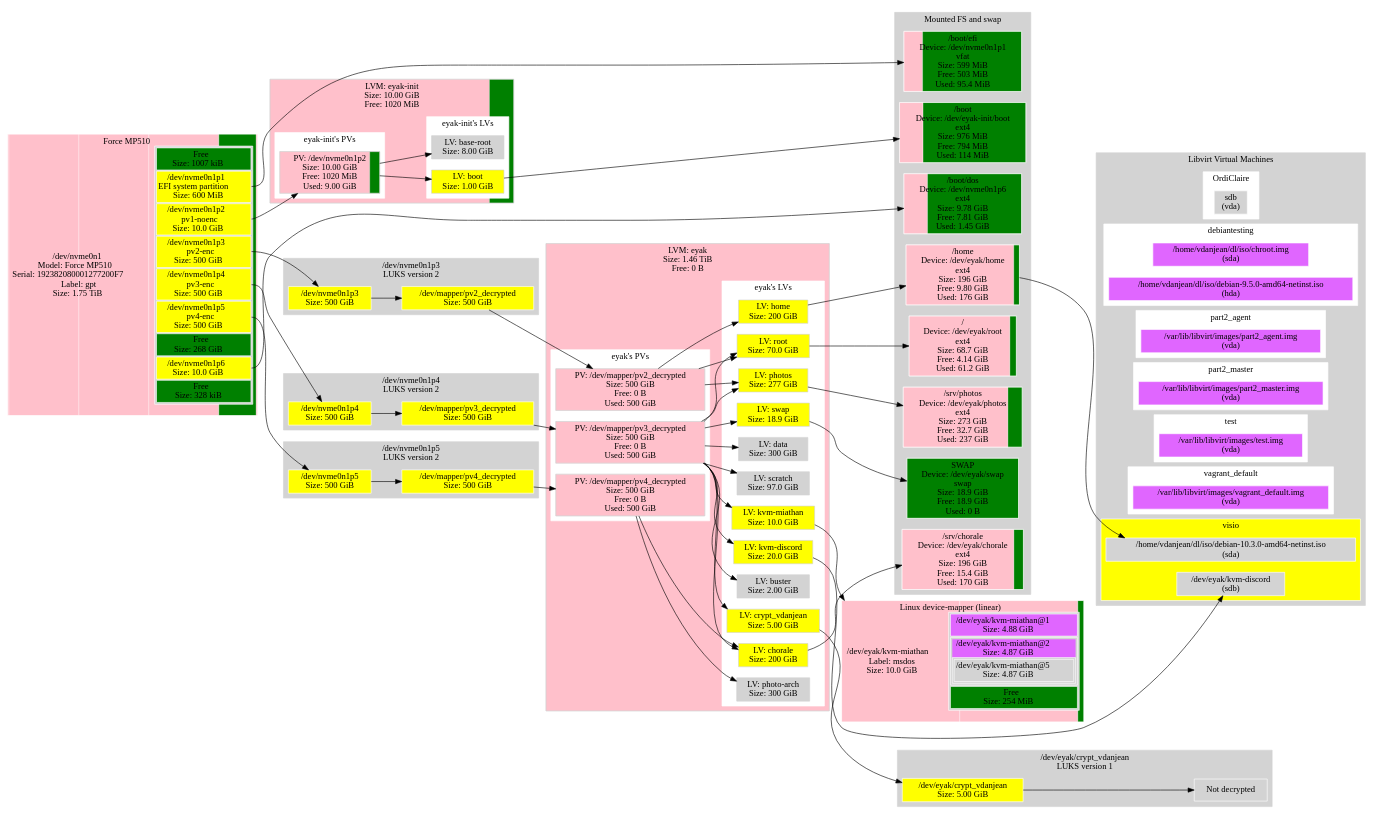
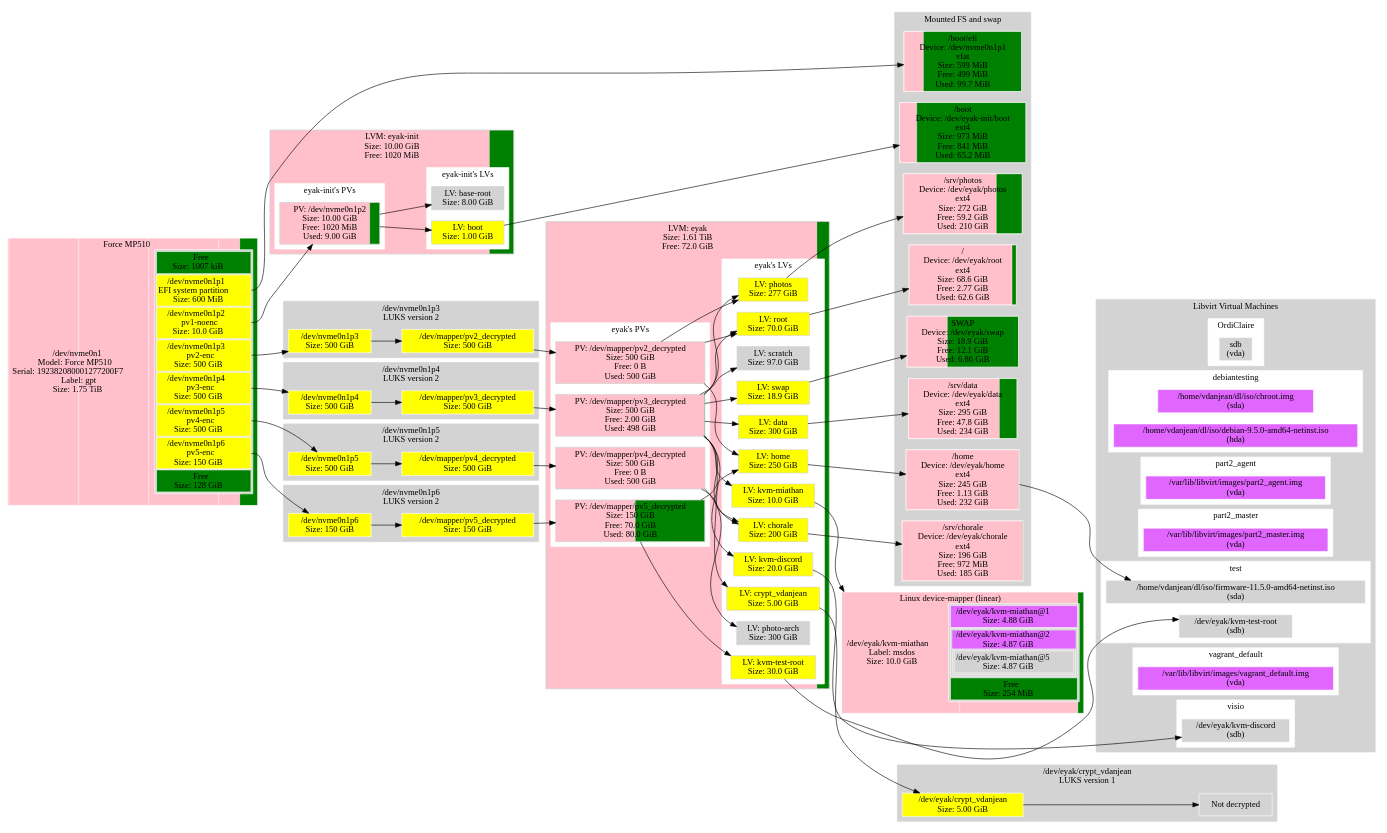
Before and after one commit to metacpan/metacpan-cpan-extracted: the diagram in distros/S/StorageDisplay/data/localhost.ref.dot, drawn with Graphviz. The commit also changed 6197 other files, not shown here.

```diff
--- a/distros/S/StorageDisplay/data/localhost.ref.dot
+++ b/distros/S/StorageDisplay/data/localhost.ref.dot
@@ -1,6 +1,6 @@
 digraph "machine"{
 	rankdir=LR;
-	{ "@Part: dm-8" [
+	{ "@Part: dm-10" [
 		label=<<TABLE BORDER="0" CELLPADDING="0" CELLSPACING="0">
 				<TR> <TD COLSPAN="2">Linux device-mapper (linear)</TD> </TR><TR><TD >/dev/eyak/kvm-miathan<BR/>Label: msdos<BR/>Size: 10.0 GiB</TD>    <TD BGCOLOR="lightgrey">
 				<TABLE >
@@ -76,18 +76,13 @@
 						</TD>
 					</TR>
 					<TR>
-						<TD bgcolor="green">
-						Free<BR/>Size: 268 GiB
-						</TD>
-					</TR>
-					<TR>
 						<TD PORT="6" BGCOLOR="yellow">
-						/dev/nvme0n1p6<BR/>Size: 10.0 GiB
+						/dev/nvme0n1p6<BR/>pv5-enc<BR/>Size: 150 GiB
 						</TD>
 					</TR>
 					<TR>
 						<TD bgcolor="green">
-						Free<BR/>Size: 328 kiB
+						Free<BR/>Size: 128 GiB
 						</TD>
 					</TR>
 				</TABLE>
@@ -99,7 +94,7 @@
 		fillcolor=lightgrey;
 		shape="rectangle";
 		style=striped;
-		fillcolor="green;0.000001:pink;0.000328:pink;0.005591:pink;0.279564:pink;0.279564:pink;0.279564:green;0.149796:pink;0.005591:green;0.000000";
+		fillcolor="green;0.000001:pink;0.000328:pink;0.005591:pink;0.279564:pink;0.279564:pink;0.279564:pink;0.083869:green;0.071518";
 	]; }
 	subgraph "cluster_eyak" {
 		style=filled;
@@ -113,71 +108,75 @@
 				label="PV: /dev/mapper/pv2_decrypted\nSize: 500 GiB\nFree: 0 B\nUsed: 500 GiB";
 				style=striped;fillcolor="pink;1.000000.2:green"
 			]; }
+			{ "LVM@eyak@PV@dm-3" [
+				label="PV: /dev/mapper/pv3_decrypted\nSize: 500 GiB\nFree: 2.00 GiB\nUsed: 498 GiB";
+				style=striped;fillcolor="pink;0.996000.2:green"
+			]; }
 			{ "LVM@eyak@PV@dm-4" [
-				label="PV: /dev/mapper/pv3_decrypted\nSize: 500 GiB\nFree: 0 B\nUsed: 500 GiB";
+				label="PV: /dev/mapper/pv4_decrypted\nSize: 500 GiB\nFree: 0 B\nUsed: 500 GiB";
 				style=striped;fillcolor="pink;1.000000.2:green"
 			]; }
-			{ "LVM@eyak@PV@dm-14" [
-				label="PV: /dev/mapper/pv4_decrypted\nSize: 500 GiB\nFree: 0 B\nUsed: 500 GiB";
-				style=striped;fillcolor="pink;1.000000.2:green"
+			{ "LVM@eyak@PV@dm-5" [
+				label="PV: /dev/mapper/pv5_decrypted\nSize: 150 GiB\nFree: 70.0 GiB\nUsed: 80.0 GiB";
+				style=striped;fillcolor="pink;0.533403.2:green"
 			]; }
 			label="eyak's PVs";
 		}
 		subgraph "cluster_eyak@LV" {
 			color=white;
 			fillcolor=white;
+			{ "dm-14" [
+				label="LV: chorale\nSize: 200 GiB";
+				fillcolor="yellow"
+			]; }
+			{ "dm-9" [
+				label="LV: crypt_vdanjean\nSize: 5.00 GiB";
+				fillcolor="yellow"
+			]; }
+			{ "dm-11" [
+				label="LV: data\nSize: 300 GiB";
+				fillcolor="yellow"
+			]; }
+			{ "dm-7" [
+				label="LV: home\nSize: 250 GiB";
+				fillcolor="yellow"
+			]; }
+			{ "dm-15" [
+				label="LV: kvm-discord\nSize: 20.0 GiB";
+				fillcolor="yellow"
+			]; }
+			{ "dm-10" [
+				label="LV: kvm-miathan\nSize: 10.0 GiB";
+				fillcolor="yellow"
+			]; }
+			{ "dm-17" [
+				label="LV: kvm-test-root\nSize: 30.0 GiB";
+				fillcolor="yellow"
+			]; }
+			{ "dm-13" [
+				label="LV: photo-arch\nSize: 300 GiB";
+				fillcolor="lightgrey"
+			]; }
+			{ "dm-8" [
+				label="LV: photos\nSize: 277 GiB";
+				fillcolor="yellow"
+			]; }
+			{ "dm-6" [
+				label="LV: root\nSize: 70.0 GiB";
+				fillcolor="yellow"
+			]; }
 			{ "dm-12" [
-				label="LV: buster\nSize: 2.00 GiB";
+				label="LV: scratch\nSize: 97.0 GiB";
 				fillcolor="lightgrey"
 			]; }
 			{ "dm-16" [
-				label="LV: chorale\nSize: 200 GiB";
-				fillcolor="yellow"
-			]; }
-			{ "dm-7" [
-				label="LV: crypt_vdanjean\nSize: 5.00 GiB";
-				fillcolor="yellow"
-			]; }
-			{ "dm-9" [
-				label="LV: data\nSize: 300 GiB";
-				fillcolor="lightgrey"
-			]; }
-			{ "dm-3" [
-				label="LV: home\nSize: 200 GiB";
-				fillcolor="yellow"
-			]; }
-			{ "dm-11" [
-				label="LV: kvm-discord\nSize: 20.0 GiB";
-				fillcolor="yellow"
-			]; }
-			{ "dm-8" [
-				label="LV: kvm-miathan\nSize: 10.0 GiB";
-				fillcolor="yellow"
-			]; }
-			{ "dm-15" [
-				label="LV: photo-arch\nSize: 300 GiB";
-				fillcolor="lightgrey"
-			]; }
-			{ "dm-6" [
-				label="LV: photos\nSize: 277 GiB";
-				fillcolor="yellow"
-			]; }
-			{ "dm-5" [
-				label="LV: root\nSize: 70.0 GiB";
-				fillcolor="yellow"
-			]; }
-			{ "dm-10" [
-				label="LV: scratch\nSize: 97.0 GiB";
-				fillcolor="lightgrey"
-			]; }
-			{ "dm-13" [
 				label="LV: swap\nSize: 18.9 GiB";
 				fillcolor="yellow"
 			]; }
 			label="eyak's LVs";
 		}
-		label="LVM: eyak\nSize: 1.46 TiB\nFree: 0 B";
-		style=striped;fillcolor="pink;1.000000.2:green"
+		label="LVM: eyak\nSize: 1.61 TiB\nFree: 72.0 GiB";
+		style=striped;fillcolor="pink;0.956373.2:green"
 	}
 	subgraph "cluster_eyak-init" {
 		style=filled;
@@ -209,16 +208,16 @@
 		label="LVM: eyak-init\nSize: 10.00 GiB\nFree: 1020 MiB";
 		style=striped;fillcolor="pink;0.900352.2:green"
 	}
-	subgraph "cluster_@LUKS@dm-7" {
+	subgraph "cluster_@LUKS@dm-9" {
 		style=filled;
 		color=lightgrey;
 		fillcolor=lightgrey;
 		node [style=filled,color=white,fillcolor=lightgrey,shape=rectangle];
-		{ "@LUKS@dm-7@dm-7" [
+		{ "@LUKS@dm-9@dm-9" [
 			label="/dev/eyak/crypt_vdanjean\nSize: 5.00 GiB";
 			fillcolor="yellow"
 		]; }
-		{ "@LUKS@dm-7@@" [
+		{ "@LUKS@dm-9@@" [
 			label="Not decrypted";
 		]; }
 		label="/dev/eyak/crypt_vdanjean\nLUKS version 1";
@@ -247,7 +246,7 @@
 			label="/dev/nvme0n1p4\nSize: 500 GiB";
 			fillcolor="yellow"
 		]; }
-		{ "dm-4" [
+		{ "dm-3" [
 			label="/dev/mapper/pv3_decrypted\nSize: 500 GiB";
 			fillcolor="yellow"
 		]; }
@@ -262,48 +261,63 @@
 			label="/dev/nvme0n1p5\nSize: 500 GiB";
 			fillcolor="yellow"
 		]; }
-		{ "dm-14" [
+		{ "dm-4" [
 			label="/dev/mapper/pv4_decrypted\nSize: 500 GiB";
 			fillcolor="yellow"
 		]; }
 		label="/dev/nvme0n1p5\nLUKS version 2";
+	}
+	subgraph "cluster_@LUKS@nvme0n1p6" {
+		style=filled;
+		color=lightgrey;
+		fillcolor=lightgrey;
+		node [style=filled,color=white,fillcolor=lightgrey,shape=rectangle];
+		{ "@LUKS@nvme0n1p6@nvme0n1p6" [
+			label="/dev/nvme0n1p6\nSize: 150 GiB";
+			fillcolor="yellow"
+		]; }
+		{ "dm-5" [
+			label="/dev/mapper/pv5_decrypted\nSize: 150 GiB";
+			fillcolor="yellow"
+		]; }
+		label="/dev/nvme0n1p6\nLUKS version 2";
 	}
 	subgraph "cluster_@FS" {
 		style=filled;
 		color=lightgrey;
 		fillcolor=lightgrey;
 		node [style=filled,color=white,fillcolor=lightgrey,shape=rectangle];
-		{ "@FS@SWAP" [
-			label="SWAP\nDevice: /dev/eyak/swap\nswap\nSize: 18.9 GiB\nFree: 18.9 GiB\nUsed: 0 B";
-			style=striped;fillcolor="green"
-		]; }
 		{ "@FS@/boot" [
-			label="/boot\nDevice: /dev/eyak-init/boot\next4\nSize: 976 MiB\nFree: 794 MiB\nUsed: 114 MiB";
-			style=striped;fillcolor="pink;0.185962.2:green"
+			label="/boot\nDevice: /dev/eyak-init/boot\next4\nSize: 973 MiB\nFree: 841 MiB\nUsed: 65.2 MiB";
+			style=striped;fillcolor="pink;0.136046.2:green"
 		]; }
 		{ "@FS@/srv/chorale" [
-			label="/srv/chorale\nDevice: /dev/eyak/chorale\next4\nSize: 196 GiB\nFree: 15.4 GiB\nUsed: 170 GiB";
-			style=striped;fillcolor="pink;0.921532.2:green"
+			label="/srv/chorale\nDevice: /dev/eyak/chorale\next4\nSize: 196 GiB\nFree: 972 MiB\nUsed: 185 GiB";
+			style=striped;fillcolor="pink;0.995151.2:green"
+		]; }
+		{ "@FS@/srv/data" [
+			label="/srv/data\nDevice: /dev/eyak/data\next4\nSize: 295 GiB\nFree: 47.8 GiB\nUsed: 234 GiB";
+			style=striped;fillcolor="pink;0.838064.2:green"
 		]; }
 		{ "@FS@/home" [
-			label="/home\nDevice: /dev/eyak/home\next4\nSize: 196 GiB\nFree: 9.80 GiB\nUsed: 176 GiB";
-			style=striped;fillcolor="pink;0.949954.2:green"
+			label="/home\nDevice: /dev/eyak/home\next4\nSize: 245 GiB\nFree: 1.13 GiB\nUsed: 232 GiB";
+			style=striped;fillcolor="pink;0.995377.2:green"
 		]; }
 		{ "@FS@/srv/photos" [
-			label="/srv/photos\nDevice: /dev/eyak/photos\next4\nSize: 273 GiB\nFree: 32.7 GiB\nUsed: 237 GiB";
-			style=striped;fillcolor="pink;0.880000.2:green"
+			label="/srv/photos\nDevice: /dev/eyak/photos\next4\nSize: 272 GiB\nFree: 59.2 GiB\nUsed: 210 GiB";
+			style=striped;fillcolor="pink;0.782566.2:green"
 		]; }
 		{ "@FS@/" [
-			label="/\nDevice: /dev/eyak/root\next4\nSize: 68.7 GiB\nFree: 4.14 GiB\nUsed: 61.2 GiB";
-			style=striped;fillcolor="pink;0.939638.2:green"
+			label="/\nDevice: /dev/eyak/root\next4\nSize: 68.6 GiB\nFree: 2.77 GiB\nUsed: 62.6 GiB";
+			style=striped;fillcolor="pink;0.959652.2:green"
 		]; }
 		{ "@FS@/boot/efi" [
-			label="/boot/efi\nDevice: /dev/nvme0n1p1\nvfat\nSize: 599 MiB\nFree: 503 MiB\nUsed: 95.4 MiB";
-			style=striped;fillcolor="pink;0.159398.2:green"
+			label="/boot/efi\nDevice: /dev/nvme0n1p1\nvfat\nSize: 599 MiB\nFree: 499 MiB\nUsed: 99.7 MiB";
+			style=striped;fillcolor="pink;0.166560.2:green"
 		]; }
-		{ "@FS@/boot/dos" [
-			label="/boot/dos\nDevice: /dev/nvme0n1p6\next4\nSize: 9.78 GiB\nFree: 7.81 GiB\nUsed: 1.45 GiB";
-			style=striped;fillcolor="pink;0.201017.2:green"
+		{ "@FS@SWAP@dm-16" [
+			label="SWAP\nDevice: /dev/eyak/swap\nSize: 18.9 GiB\nFree: 12.1 GiB\nUsed: 6.86 GiB";
+			style=striped;fillcolor="pink;0.362306.2:green"
 		]; }
 		label="Mounted FS and swap";
 	}
@@ -359,9 +373,11 @@
 		subgraph "cluster_@libvirt@test" {
 			color=white;
 			fillcolor=white;
-			{ "@libvirt@test@/var/lib/libvirt/images/test.img" [
-				label="/var/lib/libvirt/images/test.img\n(vda)";
-				fillcolor=mediumorchid1
+			{ "@libvirt@test@dm-17" [
+				label="/dev/eyak/kvm-test-root\n(sdb)";
+			]; }
+			{ "@libvirt@test@/home/vdanjean/dl/iso/firmware-11.5.0-amd64-netinst.iso" [
+				label="/home/vdanjean/dl/iso/firmware-11.5.0-amd64-netinst.iso\n(sda)";
 			]; }
 			label="test";
 		}
@@ -377,80 +393,85 @@
 		subgraph "cluster_@libvirt@visio" {
 			color=white;
 			fillcolor=white;
-			{ "@libvirt@visio@dm-11" [
+			{ "@libvirt@visio@dm-15" [
 				label="/dev/eyak/kvm-discord\n(sdb)";
 			]; }
-			{ "@libvirt@visio@/home/vdanjean/dl/iso/debian-10.3.0-amd64-netinst.iso" [
-				label="/home/vdanjean/dl/iso/debian-10.3.0-amd64-netinst.iso\n(sda)";
-			]; }
 			label="visio";
-			fillcolor=yellow
 		}
 		label="Libvirt Virtual Machines";
 	}
 	// Links from LVM VG: eyak
-	"LVM@eyak@PV@dm-4" -> "dm-12"
-	"LVM@eyak@PV@dm-14" -> "dm-16"
-	"LVM@eyak@PV@dm-4" -> "dm-16"
-	"LVM@eyak@PV@dm-4" -> "dm-7"
-	"LVM@eyak@PV@dm-4" -> "dm-9"
-	"LVM@eyak@PV@dm-2" -> "dm-3"
-	"LVM@eyak@PV@dm-4" -> "dm-11"
-	"LVM@eyak@PV@dm-4" -> "dm-8"
-	"LVM@eyak@PV@dm-14" -> "dm-15"
+	"LVM@eyak@PV@dm-4" -> "dm-14"
+	"LVM@eyak@PV@dm-3" -> "dm-14"
+	"LVM@eyak@PV@dm-3" -> "dm-9"
+	"LVM@eyak@PV@dm-3" -> "dm-11"
+	"LVM@eyak@PV@dm-2" -> "dm-7"
+	"LVM@eyak@PV@dm-5" -> "dm-7"
+	"LVM@eyak@PV@dm-3" -> "dm-15"
+	"LVM@eyak@PV@dm-3" -> "dm-10"
+	"LVM@eyak@PV@dm-5" -> "dm-17"
+	"LVM@eyak@PV@dm-4" -> "dm-13"
+	"LVM@eyak@PV@dm-2" -> "dm-8"
+	"LVM@eyak@PV@dm-3" -> "dm-8"
 	"LVM@eyak@PV@dm-2" -> "dm-6"
-	"LVM@eyak@PV@dm-4" -> "dm-6"
-	"LVM@eyak@PV@dm-2" -> "dm-5"
-	"LVM@eyak@PV@dm-4" -> "dm-5"
-	"LVM@eyak@PV@dm-4" -> "dm-10"
-	"LVM@eyak@PV@dm-4" -> "dm-13"
+	"LVM@eyak@PV@dm-3" -> "dm-6"
+	"LVM@eyak@PV@dm-3" -> "dm-12"
+	"LVM@eyak@PV@dm-3" -> "dm-16"
 	// Links from LVM VG: eyak-init
 	"LVM@eyak-init@PV@nvme0n1p2" -> "dm-1"
 	"LVM@eyak-init@PV@nvme0n1p2" -> "dm-0"
 	// Links from LUKS: /dev/eyak/crypt_vdanjean
-	"@LUKS@dm-7@dm-7" -> "@LUKS@dm-7@@"
+	"@LUKS@dm-9@dm-9" -> "@LUKS@dm-9@@"
 	// Links from LUKS: /dev/nvme0n1p3
 	"@LUKS@nvme0n1p3@nvme0n1p3" -> "dm-2"
 	// Links from LUKS: /dev/nvme0n1p4
-	"@LUKS@nvme0n1p4@nvme0n1p4" -> "dm-4"
+	"@LUKS@nvme0n1p4@nvme0n1p4" -> "dm-3"
 	// Links from LUKS: /dev/nvme0n1p5
-	"@LUKS@nvme0n1p5@nvme0n1p5" -> "dm-14"
-	// Links for @Part: dm-8
-	"dm-8" -> "@Part: dm-8"
+	"@LUKS@nvme0n1p5@nvme0n1p5" -> "dm-4"
+	// Links from LUKS: /dev/nvme0n1p6
+	"@LUKS@nvme0n1p6@nvme0n1p6" -> "dm-5"
+	// Links for @Part: dm-10
+	"dm-10" -> "@Part: dm-10"
 	// Links for LVM@eyak@PV@dm-2
 	"dm-2" -> "LVM@eyak@PV@dm-2"
+	// Links for LVM@eyak@PV@dm-3
+	"dm-3" -> "LVM@eyak@PV@dm-3"
 	// Links for LVM@eyak@PV@dm-4
 	"dm-4" -> "LVM@eyak@PV@dm-4"
-	// Links for LVM@eyak@PV@dm-14
-	"dm-14" -> "LVM@eyak@PV@dm-14"
+	// Links for LVM@eyak@PV@dm-5
+	"dm-5" -> "LVM@eyak@PV@dm-5"
 	// Links for LVM@eyak-init@PV@nvme0n1p2
 	"@Part: nvme0n1":"2" -> "LVM@eyak-init@PV@nvme0n1p2"
-	// Links for @LUKS@dm-7@dm-7
-	"dm-7" -> "@LUKS@dm-7@dm-7"
+	// Links for @LUKS@dm-9@dm-9
+	"dm-9" -> "@LUKS@dm-9@dm-9"
 	// Links for @LUKS@nvme0n1p3@nvme0n1p3
 	"@Part: nvme0n1":"3" -> "@LUKS@nvme0n1p3@nvme0n1p3"
 	// Links for @LUKS@nvme0n1p4@nvme0n1p4
 	"@Part: nvme0n1":"4" -> "@LUKS@nvme0n1p4@nvme0n1p4"
 	// Links for @LUKS@nvme0n1p5@nvme0n1p5
 	"@Part: nvme0n1":"5" -> "@LUKS@nvme0n1p5@nvme0n1p5"
-	// Links for @FS@SWAP
-	"dm-13" -> "@FS@SWAP"
+	// Links for @LUKS@nvme0n1p6@nvme0n1p6
+	"@Part: nvme0n1":"6" -> "@LUKS@nvme0n1p6@nvme0n1p6"
 	// Links for @FS@/boot
 	"dm-0" -> "@FS@/boot"
 	// Links for @FS@/srv/chorale
-	"dm-16" -> "@FS@/srv/chorale"
+	"dm-14" -> "@FS@/srv/chorale"
+	// Links for @FS@/srv/data
+	"dm-11" -> "@FS@/srv/data"
 	// Links for @FS@/home
-	"dm-3" -> "@FS@/home"
+	"dm-7" -> "@FS@/home"
 	// Links for @FS@/srv/photos
-	"dm-6" -> "@FS@/srv/photos"
+	"dm-8" -> "@FS@/srv/photos"
 	// Links for @FS@/
-	"dm-5" -> "@FS@/"
+	"dm-6" -> "@FS@/"
 	// Links for @FS@/boot/efi
 	"@Part: nvme0n1":"1" -> "@FS@/boot/efi"
-	// Links for @FS@/boot/dos
-	"@Part: nvme0n1":"6" -> "@FS@/boot/dos"
-	// Links for @libvirt@visio@dm-11
-	"dm-11" -> "@libvirt@visio@dm-11"
-	// Links for @libvirt@visio@/home/vdanjean/dl/iso/debian-10.3.0-amd64-netinst.iso
-	"@FS@/home" -> "@libvirt@visio@/home/vdanjean/dl/iso/debian-10.3.0-amd64-netinst.iso"
+	// Links for @FS@SWAP@dm-16
+	"dm-16" -> "@FS@SWAP@dm-16"
+	// Links for @libvirt@test@dm-17
+	"dm-17" -> "@libvirt@test@dm-17"
+	// Links for @libvirt@test@/home/vdanjean/dl/iso/firmware-11.5.0-amd64-netinst.iso
+	"@FS@/home" -> "@libvirt@test@/home/vdanjean/dl/iso/firmware-11.5.0-amd64-netinst.iso"
+	// Links for @libvirt@visio@dm-15
+	"dm-15" -> "@libvirt@visio@dm-15"
 }
```
